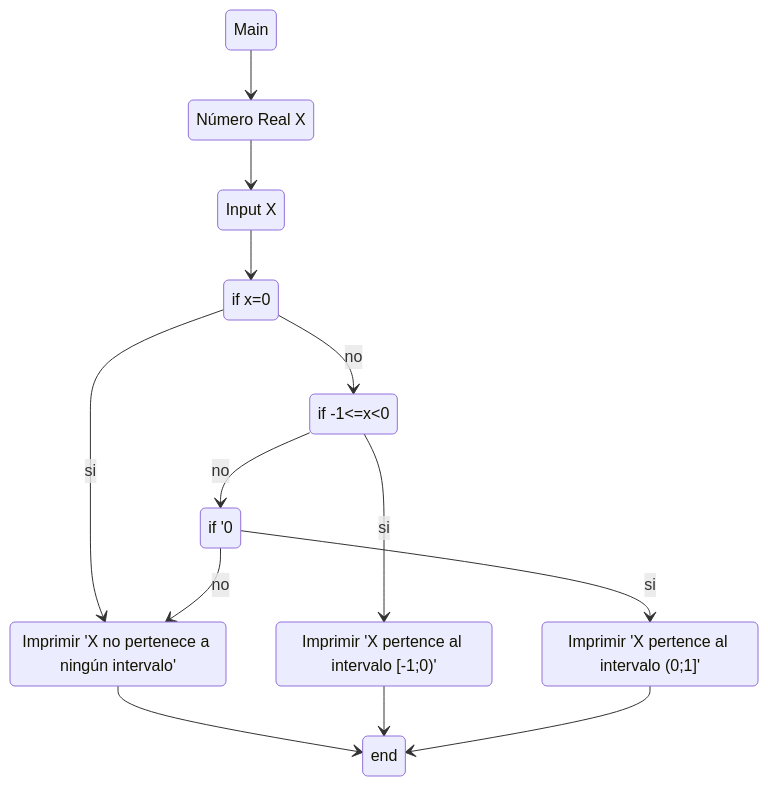
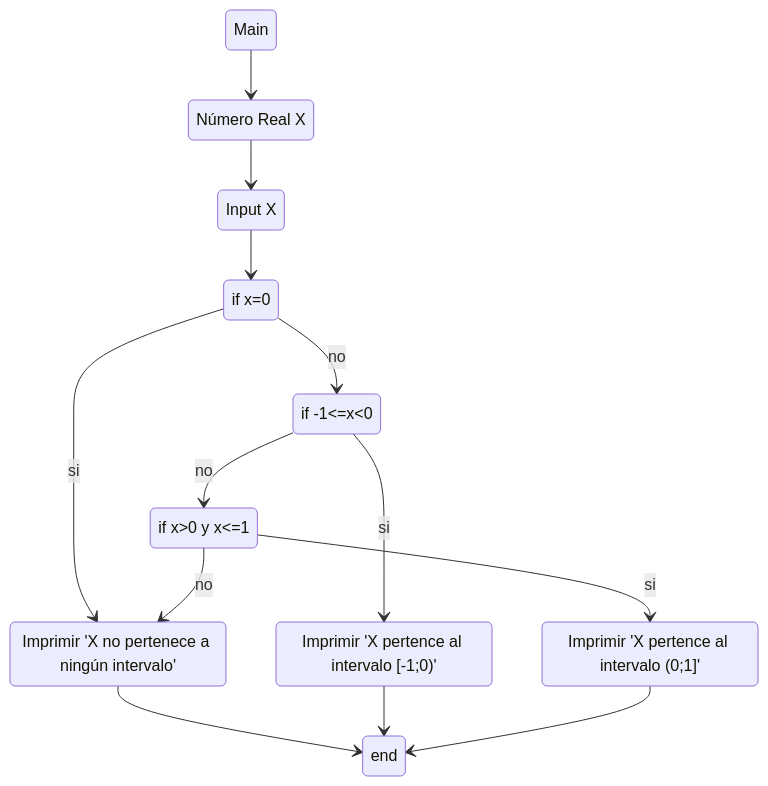
The diagram in Ejercicios/2.md (ValentinJM/TP-8), drawn with Mermaid before and after one commit.

````diff
--- a/Ejercicios/2.md
+++ b/Ejercicios/2.md
@@ -3,23 +3,23 @@
 ```mermaid
 stateDiagram-v2
 state "Número Real X" as A
 state "Input X" as B
 state "if x=0" as C
 state "Imprimir 'X no pertenece a ningún intervalo'" as D
 state "if -1<=x<0" as E
 state "Imprimir 'X pertence al intervalo [-1;0)'" as F
-state "if '0<x<=1'" as G
+state "if x>0 y x<=1" as G
 state "Imprimir 'X pertence al intervalo (0;1]'" as H
     Main --> A
     A --> B
     B --> C
     C --> D : si
     C --> E : no
     E --> F : si
     E --> G : no
     G --> H : si
     G --> D : no
     D --> end
     F --> end
     H --> end
 ```
````
